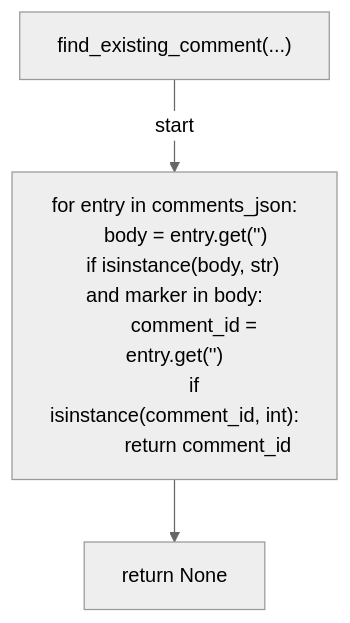
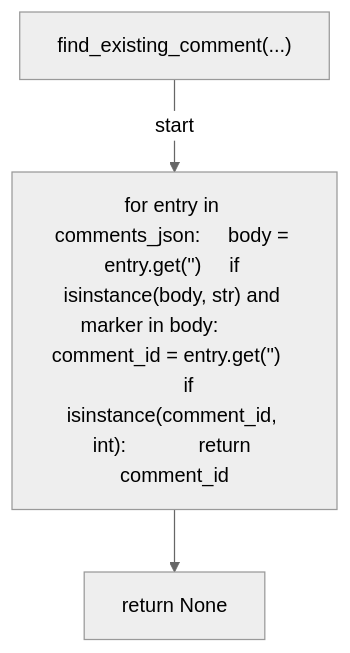
Before and after one commit to tvna/claude-md: diagram 20 of 30 in docs/generated/scripts/ast/security_drift_report.md, drawn with Mermaid (neutral theme). The commit also changed other lines of this file and 23 other files, not shown here.

First line of the commit message:
docs(generated): regenerate decision tree and workflow diagrams (batch 4/5)

````diff
--- a/docs/generated/scripts/ast/security_drift_report.md
+++ b/docs/generated/scripts/ast/security_drift_report.md
@@ -305,13 +298,8 @@
 ```mermaid
 flowchart TD
     N001["find_existing_comment(...)"]
-    N002["for entry in comments_json:
-    body = entry.get('<str>')
-    if isinstance(body, str) and marker in body:
-        comment_id = entry.get('<str>')
-        if isinstance(comment_id, int):
-            return comment_id"]
+    N002["for entry in comments_json:     body = entry.get('<str>')     if isinstance(body, str) and marker in body:         comment_id = entry.get('<str>')         if isinstance(comment_id, int):             return comment_id"]
     N003["return None"]
     N001 -->|"start"| N002
     N002 --> N003
 ```
````
